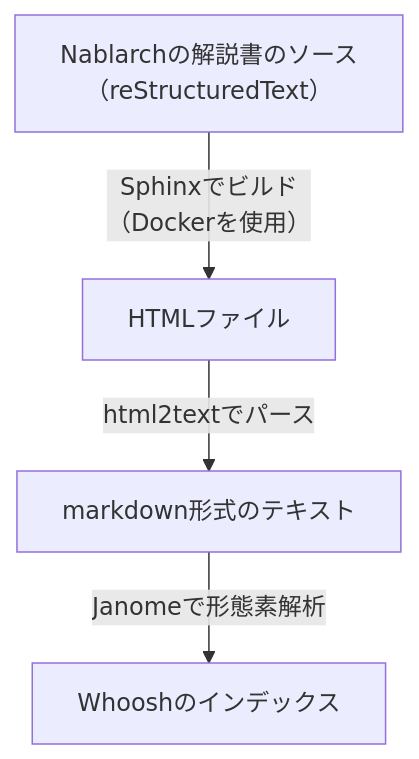
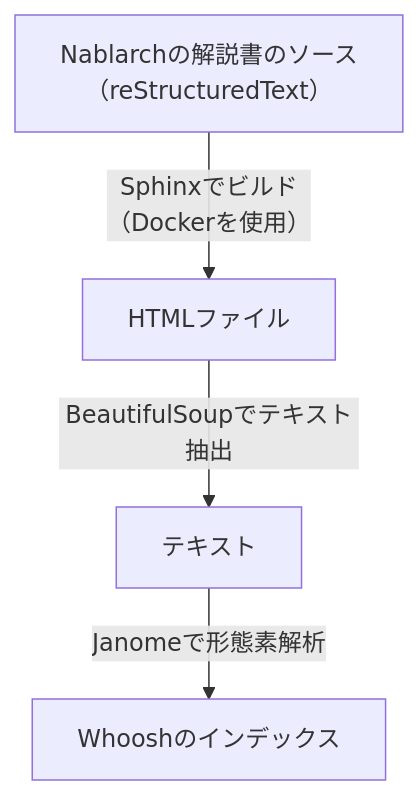
Before and after one commit to backpaper0/nabchan-mcp-server: the diagram in README.md, drawn with Mermaid. The commit also changed 4 other files, not shown here.

````diff
--- a/README.md
+++ b/README.md
@@ -17,10 +17,10 @@
 ```mermaid
 graph TD
    a[Nablarchの解説書のソース<br>（reStructuredText）]
    b[HTMLファイル]
-   c[markdown形式のテキスト]
+   c[テキスト]
    d[Whooshのインデックス]
    a -->|Sphinxでビルド<br>（Dockerを使用）| b
-   b -->|html2textでパース| c
+   b -->|BeautifulSoupでテキスト抽出| c
    c -->|Janomeで形態素解析| d
 ```
````
